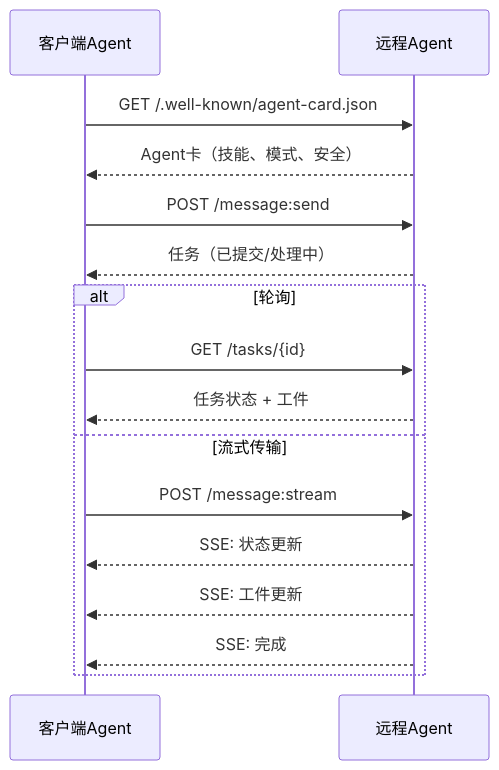
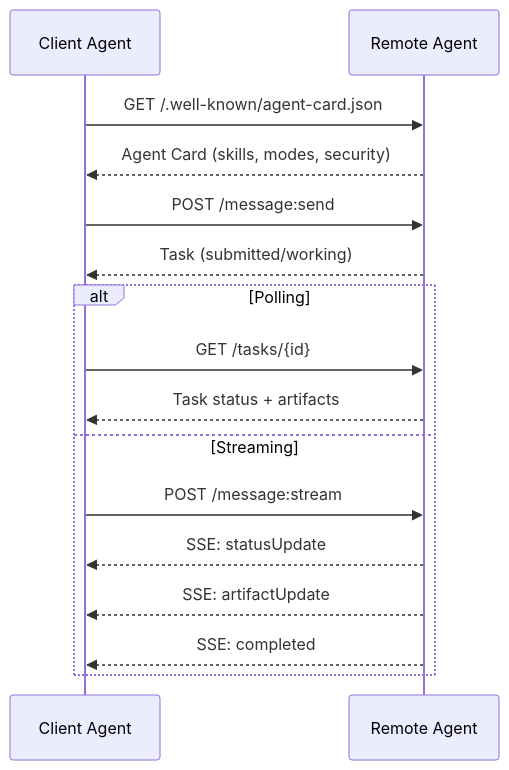
One commit to xiaojiaenen/ai-engineering-from-scratch-zh changed the third of 13 diagrams in i18n/zh/phases/16-multi-agent-and-swarms/03-communication-protocols/docs/zh.md. Above: the diagram before and after it, drawn with Mermaid. The commit also changed other lines of this file and 25 other files, not shown here.

````diff
--- a/i18n/zh/phases/16-multi-agent-and-swarms/03-communication-protocols/docs/zh.md
+++ b/i18n/zh/phases/16-multi-agent-and-swarms/03-communication-protocols/docs/zh.md
@@ -82,21 +82,21 @@
 ```mermaid
 sequenceDiagram
-    participant Client as 客户端Agent
-    participant Remote as 远程Agent
+    participant Client as Client Agent
+    participant Remote as Remote Agent
 
     Client->>Remote: GET /.well-known/agent-card.json
-    Remote-->>Client: Agent卡（技能、模式、安全）
+    Remote-->>Client: Agent Card (skills, modes, security)
 
     Client->>Remote: POST /message:send
-    Remote-->>Client: 任务（已提交/处理中）
+    Remote-->>Client: Task (submitted/working)
 
-    alt 轮询
+    alt Polling
         Client->>Remote: GET /tasks/{id}
-        Remote-->>Client: 任务状态 + 工件
-    else 流式传输
+        Remote-->>Client: Task status + artifacts
+    else Streaming
         Client->>Remote: POST /message:stream
-        Remote-->>Client: SSE: 状态更新
-        Remote-->>Client: SSE: 工件更新
-        Remote-->>Client: SSE: 完成
+        Remote-->>Client: SSE: statusUpdate
+        Remote-->>Client: SSE: artifactUpdate
+        Remote-->>Client: SSE: completed
     end
 ```
````
